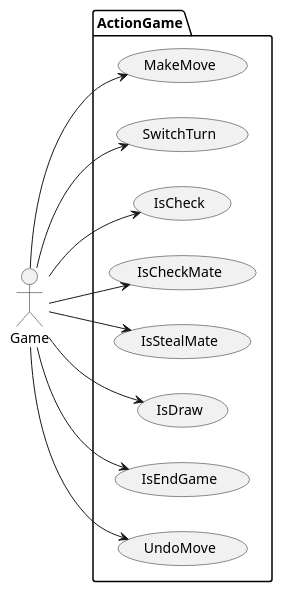
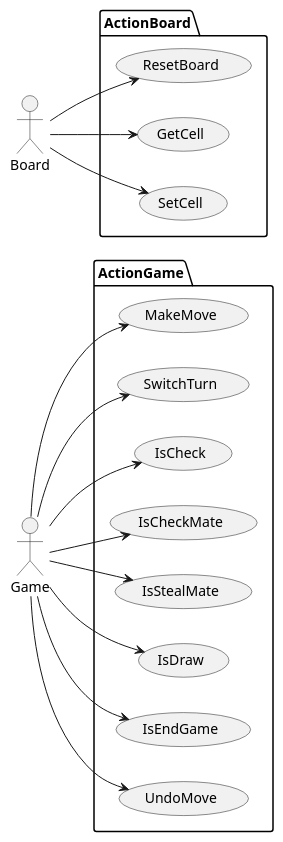
One commit to 3zard/Chess-Game changed the diagram in Diagram/useCaseDiagram.pu. Above: the diagram before and after it, drawn with PlantUML. The commit also changed 4 other files, not shown here.

Commit message:
Trình | add Board Diagram

```diff
--- a/Diagram/useCaseDiagram.pu
+++ b/Diagram/useCaseDiagram.pu
@@ -1,22 +1,31 @@
 @startuml useCaseDiagram
 left to right direction
 actor Game
 package ActionGame {
     usecase MakeMove as makeMove
     usecase SwitchTurn as switchTurn
     usecase IsCheck as isCheck
     usecase IsCheckMate as isCheckMate
     usecase IsStealMate as isStealMate
     usecase IsDraw as isDraw
     usecase IsEndGame as isEndGame
     usecase UndoMove as undoMove
 }
 Game --> makeMove
 Game --> switchTurn
 Game --> isCheck
 Game --> isCheckMate
 Game --> isStealMate
 Game --> isDraw
 Game --> isEndGame
 Game --> undoMove
+actor Board
+package ActionBoard {
+    usecase ResetBoard as resetBoard
+    usecase GetCell as getCell
+    usecase SetCell as setCell
+}
+Board --> resetBoard
+Board --> getCell
+Board --> setCell
 @enduml
```
